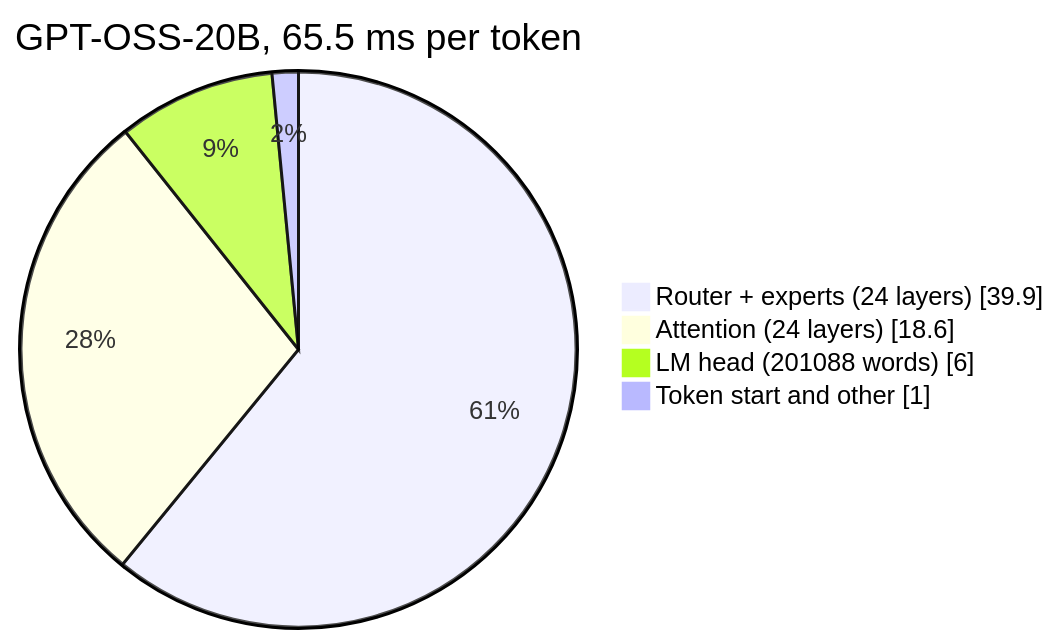
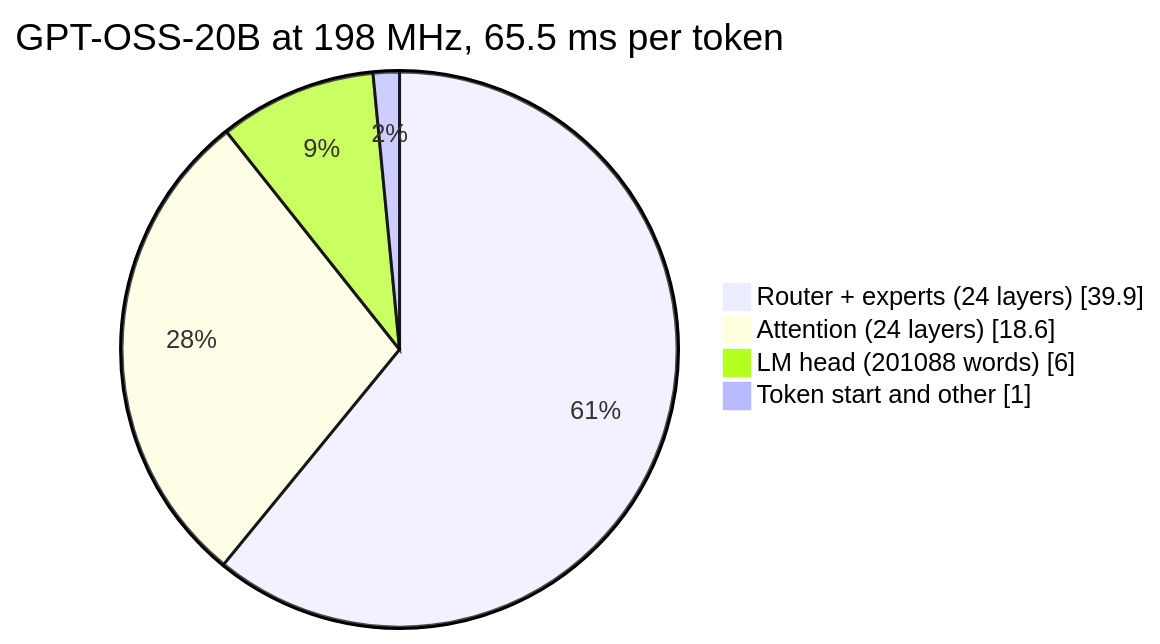
The fourth of 9 diagrams in models/apex-tp-llm/OVERVIEW.md (apex-compute/unified-engine), drawn with Mermaid before and after one commit. The commit also changed other lines of this file and 5 other files, not shown here.

````diff
--- a/models/apex-tp-llm/OVERVIEW.md
+++ b/models/apex-tp-llm/OVERVIEW.md
@@ -112,8 +157,8 @@
 ```mermaid
 pie showData
-    title GPT-OSS-20B, 65.5 ms per token
+    title GPT-OSS-20B at 198 MHz, 65.5 ms per token
     "Router + experts (24 layers)" : 39.9
     "Attention (24 layers)" : 18.6
     "LM head (201088 words)" : 6.0
     "Token start and other" : 1.0
 ```
````
